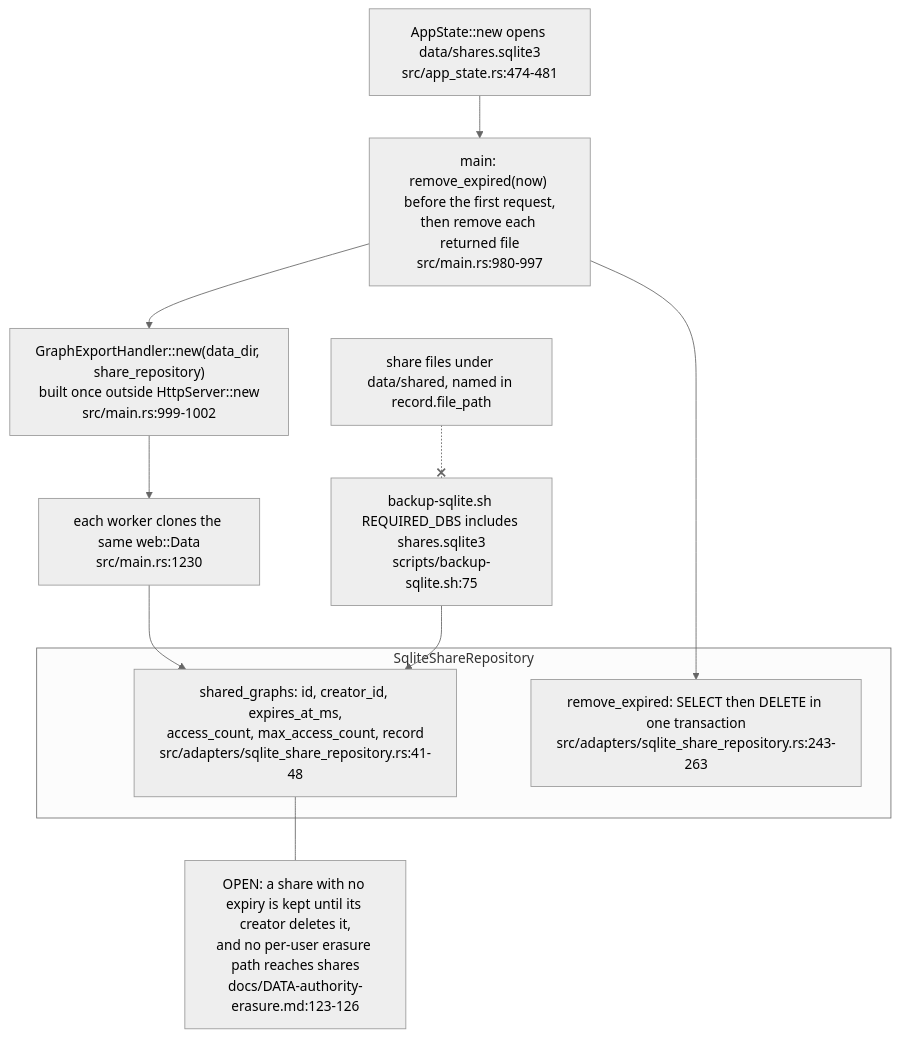
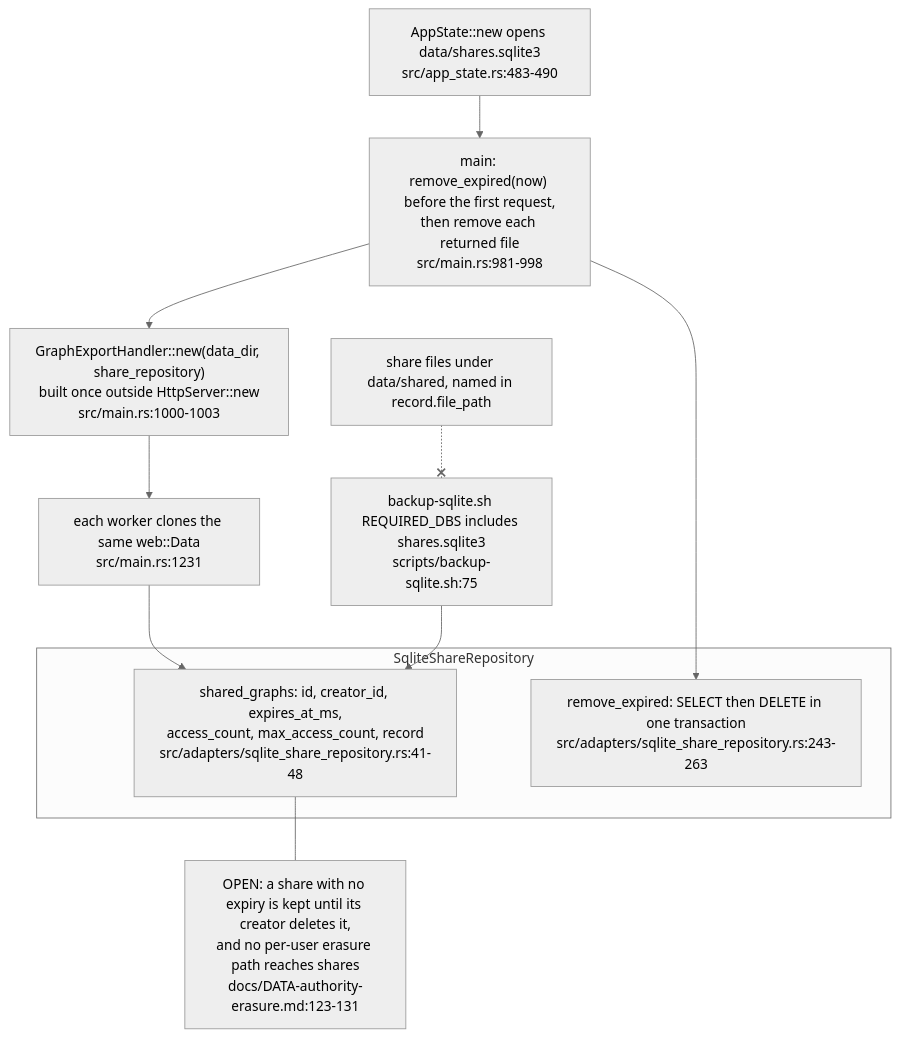
The tenth of 24 diagrams in docs/diagrams/visionclaw/04-handlers-graph-and-state.md (DreamLab-AI/VisionFlow), drawn with Mermaid (neutral theme) before and after one commit. The commit also changed other lines of this file and 49 other files, not shown here.

First line of the commit message:
docs(diagrams): re-derive and re-stamp VisionClaw, estate, knowledge-graph, visionGraph, VisionFlow and sidestr topics

````diff
--- a/docs/diagrams/visionclaw/04-handlers-graph-and-state.md
+++ b/docs/diagrams/visionclaw/04-handlers-graph-and-state.md
@@ -616,16 +616,16 @@
 ```mermaid
 flowchart TB
-    AS["AppState::new opens data/shares.sqlite3<br/>src/app_state.rs:474-481"] --> RM["main: remove_expired(now) before the first request,<br/>then remove each returned file<br/>src/main.rs:980-997"]
-    RM --> GH["GraphExportHandler::new(data_dir, share_repository)<br/>built once outside HttpServer::new<br/>src/main.rs:999-1002"]
-    GH --> W["each worker clones the same web::Data<br/>src/main.rs:1230"]
+    AS["AppState::new opens data/shares.sqlite3<br/>src/app_state.rs:483-490"] --> RM["main: remove_expired(now) before the first request,<br/>then remove each returned file<br/>src/main.rs:981-998"]
+    RM --> GH["GraphExportHandler::new(data_dir, share_repository)<br/>built once outside HttpServer::new<br/>src/main.rs:1000-1003"]
+    GH --> W["each worker clones the same web::Data<br/>src/main.rs:1231"]
     subgraph Store["SqliteShareRepository"]
         SC["shared_graphs: id, creator_id, expires_at_ms,<br/>access_count, max_access_count, record<br/>src/adapters/sqlite_share_repository.rs:41-48"]
         EXP["remove_expired: SELECT then DELETE in one transaction<br/>src/adapters/sqlite_share_repository.rs:243-263"]
     end
     W --> SC
     RM --> EXP
     BK["backup-sqlite.sh REQUIRED_DBS includes shares.sqlite3<br/>scripts/backup-sqlite.sh:75"] --> SC
     FILES["share files under data/shared, named in record.file_path"] -.-x BK
-    N1["OPEN: a share with no expiry is kept until its creator deletes it,<br/>and no per-user erasure path reaches shares<br/>docs/DATA-authority-erasure.md:123-126"]
+    N1["OPEN: a share with no expiry is kept until its creator deletes it,<br/>and no per-user erasure path reaches shares<br/>docs/DATA-authority-erasure.md:123-131"]
     SC --- N1
 ```
````
